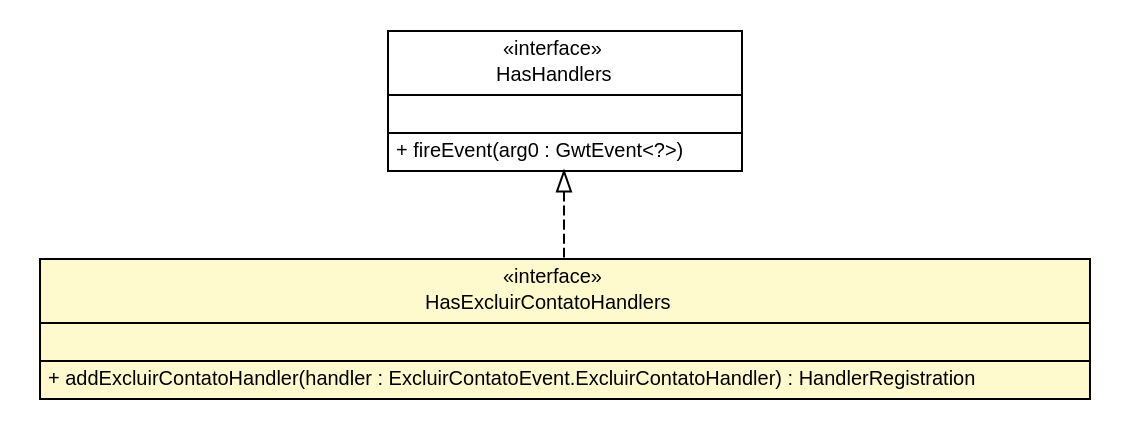
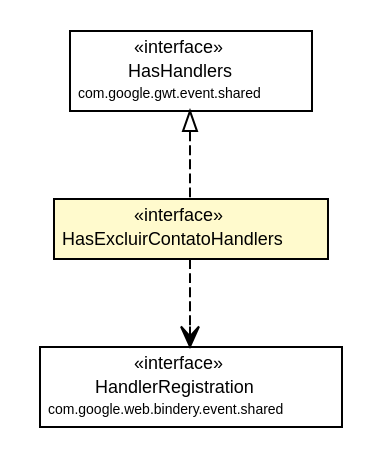
One commit to caarlos0-graveyard/meditec changed the diagram in apidocs/br/net/meditec/client/events/ExcluirContatoEvent.HasExcluirContatoHandlers.dot. Above: the diagram before and after it, drawn with Graphviz. The commit also changed 517 other files, not shown here.

```diff
--- a/apidocs/br/net/meditec/client/events/ExcluirContatoEvent.HasExcluirContatoHandlers.dot
+++ b/apidocs/br/net/meditec/client/events/ExcluirContatoEvent.HasExcluirContatoHandlers.dot
@@ -1,40 +1,37 @@
 #!/usr/local/bin/dot
 #
 # Class diagram 
-# Generated by UMLGraph version 5.1 (http://www.umlgraph.org/)
+# Generated by UmlGraph version 4.6 (http://www.spinellis.gr/sw/umlgraph)
 #
 
 digraph G {
 	edge [fontname="Helvetica",fontsize=10,labelfontname="Helvetica",labelfontsize=10];
 	node [fontname="Helvetica",fontsize=10,shape=plaintext];
-	nodesep=0.25;
-	ranksep=0.5;
 	// br.net.meditec.client.events.ExcluirContatoEvent.HasExcluirContatoHandlers
-	c2392 [label=<<table title="br.net.meditec.client.events.ExcluirContatoEvent.HasExcluirContatoHandlers" border="0" cellborder="1" cellspacing="0" cellpadding="2" port="p" bgcolor="lemonChiffon" href="./ExcluirContatoEvent.HasExcluirContatoHandlers.html">
+	c2537 [label=<<table border="0" cellborder="1" cellspacing="0" cellpadding="2" port="p" bgcolor="lemonChiffon" href="./ExcluirContatoEvent.HasExcluirContatoHandlers.html">
 		<tr><td><table border="0" cellspacing="0" cellpadding="1">
-<tr><td align="center" balign="center"> &#171;interface&#187; </td></tr>
-<tr><td align="center" balign="center"> HasExcluirContatoHandlers </td></tr>
+			<tr><td> &laquo;interface&raquo; </td></tr>
+			<tr><td> HasExcluirContatoHandlers </td></tr>
 		</table></td></tr>
+		</table>>, fontname="Helvetica", fontcolor="black", fontsize=9.0];
+	//br.net.meditec.client.events.ExcluirContatoEvent.HasExcluirContatoHandlers implements com.google.gwt.event.shared.HasHandlers
+	c2594:p -> c2537:p [dir=back,arrowtail=empty,style=dashed];
+	// br.net.meditec.client.events.ExcluirContatoEvent.HasExcluirContatoHandlers DEPEND com.google.web.bindery.event.shared.HandlerRegistration
+	c2537:p -> c2595:p [taillabel="", label="", headlabel="", fontname="Helvetica", fontcolor="black", fontsize=10.0, color="black", arrowhead=open, style=dashed];
+	// com.google.gwt.event.shared.HasHandlers
+	c2594 [label=<<table border="0" cellborder="1" cellspacing="0" cellpadding="2" port="p" href="http://java.sun.com/j2se/1.4.2/docs/api/com/google/gwt/event/shared/HasHandlers.html">
 		<tr><td><table border="0" cellspacing="0" cellpadding="1">
-<tr><td align="left" balign="left">  </td></tr>
+			<tr><td> &laquo;interface&raquo; </td></tr>
+			<tr><td> HasHandlers </td></tr>
+			<tr><td><font point-size="7.0"> com.google.gwt.event.shared </font></td></tr>
 		</table></td></tr>
+		</table>>, fontname="Helvetica", fontcolor="black", fontsize=9.0];
+	// com.google.web.bindery.event.shared.HandlerRegistration
+	c2595 [label=<<table border="0" cellborder="1" cellspacing="0" cellpadding="2" port="p" href="http://java.sun.com/j2se/1.4.2/docs/api/com/google/web/bindery/event/shared/HandlerRegistration.html">
 		<tr><td><table border="0" cellspacing="0" cellpadding="1">
-<tr><td align="left" balign="left"> + addExcluirContatoHandler(handler : ExcluirContatoEvent.ExcluirContatoHandler) : HandlerRegistration </td></tr>
+			<tr><td> &laquo;interface&raquo; </td></tr>
+			<tr><td> HandlerRegistration </td></tr>
+			<tr><td><font point-size="7.0"> com.google.web.bindery.event.shared </font></td></tr>
 		</table></td></tr>
-		</table>>, fontname="Helvetica", fontcolor="black", fontsize=10.0];
-	//br.net.meditec.client.events.ExcluirContatoEvent.HasExcluirContatoHandlers implements com.google.gwt.event.shared.HasHandlers
-	c2455:p -> c2392:p [dir=back,arrowtail=empty,style=dashed];
-	// com.google.gwt.event.shared.HasHandlers
-	c2455 [label=<<table title="com.google.gwt.event.shared.HasHandlers" border="0" cellborder="1" cellspacing="0" cellpadding="2" port="p" href="http://java.sun.com/j2se/1.4.2/docs/api/com/google/gwt/event/shared/HasHandlers.html">
-		<tr><td><table border="0" cellspacing="0" cellpadding="1">
-<tr><td align="center" balign="center"> &#171;interface&#187; </td></tr>
-<tr><td align="center" balign="center"> HasHandlers </td></tr>
-		</table></td></tr>
-		<tr><td><table border="0" cellspacing="0" cellpadding="1">
-<tr><td align="left" balign="left">  </td></tr>
-		</table></td></tr>
-		<tr><td><table border="0" cellspacing="0" cellpadding="1">
-<tr><td align="left" balign="left"> + fireEvent(arg0 : GwtEvent&lt;?&gt;) </td></tr>
-		</table></td></tr>
-		</table>>, fontname="Helvetica", fontcolor="black", fontsize=10.0];
+		</table>>, fontname="Helvetica", fontcolor="black", fontsize=9.0];
 }
```
